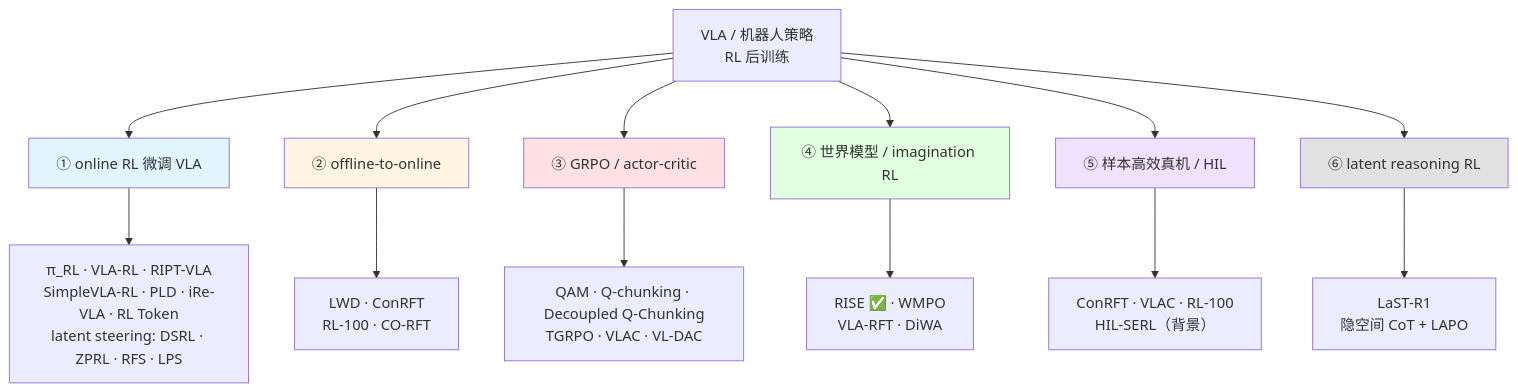
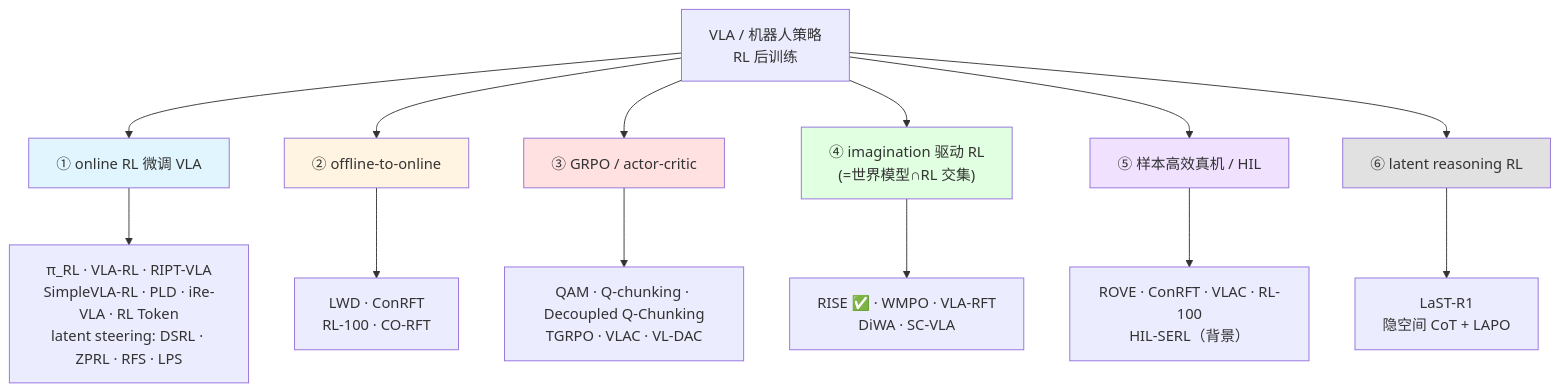
The diagram in maps/强化学习后训练 主题地图.md (CCgoestosleepbefore12/obsidian), drawn with Mermaid before and after one commit. The commit also changed other lines of this file and 3 other files, not shown here.

First line of the commit message:
新增「我的研究主线（flow v_target 价值注入）」锚点笔记 + RL 后训练地图 review 整理

````diff
--- a/maps/强化学习后训练 主题地图.md
+++ b/maps/强化学习后训练 主题地图.md
@@ -31,24 +37,24 @@
 ```mermaid
 flowchart TD
     ROOT["VLA / 机器人策略<br/>RL 后训练"]
     ROOT --> S1["① online RL 微调 VLA"]
     ROOT --> S2["② offline-to-online"]
     ROOT --> S3["③ GRPO / actor-critic"]
-    ROOT --> S4["④ 世界模型 / imagination RL"]
+    ROOT --> S4["④ imagination 驱动 RL<br/>(=世界模型∩RL 交集)"]
     ROOT --> S5["⑤ 样本高效真机 / HIL"]
     ROOT --> S6["⑥ latent reasoning RL"]
 
     S1 --> S1P["π_RL · VLA-RL · RIPT-VLA<br/>SimpleVLA-RL · PLD · iRe-VLA · RL Token<br/>latent steering: DSRL · ZPRL · RFS · LPS"]
     S2 --> S2P["LWD · ConRFT<br/>RL-100 · CO-RFT"]
     S3 --> S3P["QAM · Q-chunking · Decoupled Q-Chunking<br/>TGRPO · VLAC · VL-DAC"]
-    S4 --> S4P["RISE ✅ · WMPO<br/>VLA-RFT · DiWA"]
-    S5 --> S5P["ConRFT · VLAC · RL-100<br/>HIL-SERL（背景）"]
+    S4 --> S4P["RISE ✅ · WMPO · VLA-RFT<br/>DiWA · SC-VLA"]
+    S5 --> S5P["ROVE · ConRFT · VLAC · RL-100<br/>HIL-SERL（背景）"]
     S6 --> S6P["LaST-R1<br/>隐空间 CoT + LAPO"]
 
     style S1 fill:#e1f5ff
     style S2 fill:#fff4e1
     style S3 fill:#ffe1e1
     style S4 fill:#e1ffe1
     style S5 fill:#f0e1ff
     style S6 fill:#e1e1e1
 ```
````
